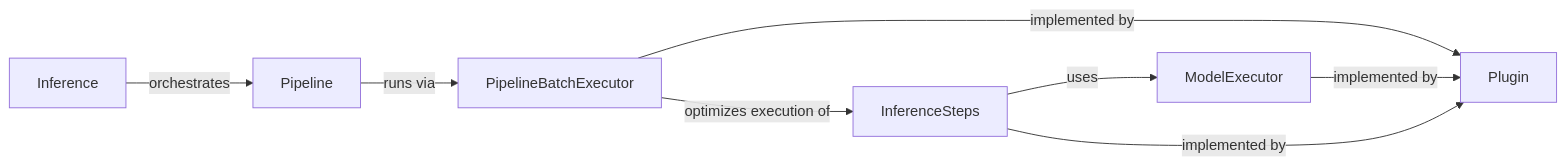
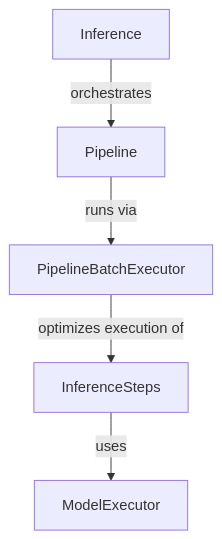
Before and after one commit to tjwald/FAI: the diagram in docs/high-level-design.md, drawn with Mermaid. The commit also changed 5 other files, not shown here.

````diff
--- a/docs/high-level-design.md
+++ b/docs/high-level-design.md
@@ -3,18 +3,13 @@
 ```mermaid
-graph LR
+graph TD
   Pipeline[Pipeline]
   PipelineBatchExecutor[PipelineBatchExecutor]
   InferenceSteps[InferenceSteps]
   ModelExecutor[ModelExecutor]
   Inference[Inference]
-  Plugin[Plugin]
 
   Inference -- orchestrates --> Pipeline
   Pipeline -- runs via --> PipelineBatchExecutor
   PipelineBatchExecutor -- optimizes execution of --> InferenceSteps
   InferenceSteps -- uses --> ModelExecutor
-
-  PipelineBatchExecutor -- implemented by --> Plugin
-  ModelExecutor -- implemented by --> Plugin
-  InferenceSteps -- implemented by --> Plugin
 ```
````
